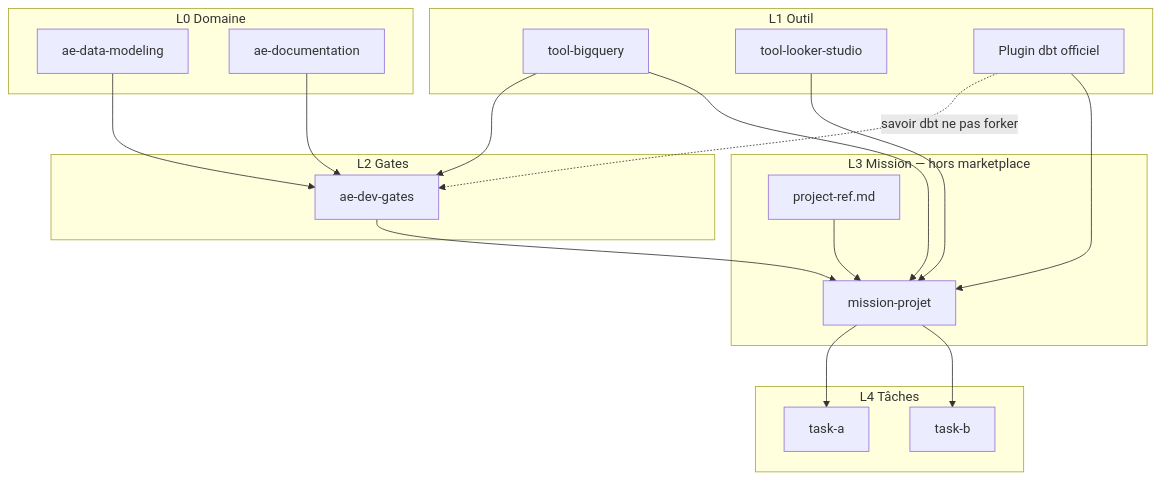
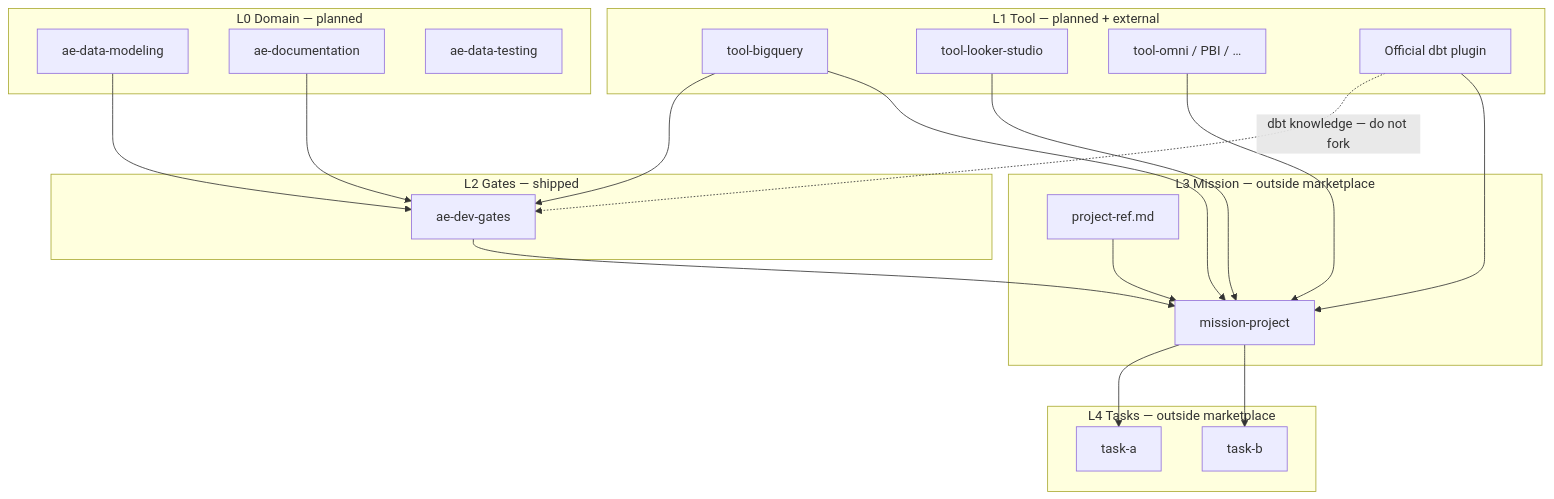
The first of 3 diagrams in plugins/ae-agent-skills/skills/ae-corpus/architecture.md (doudjol57/ae-agent-skills), drawn with Mermaid before and after one commit. The commit also changed other lines of this file and 7 other files, not shown here.

````diff
--- a/plugins/ae-agent-skills/skills/ae-corpus/architecture.md
+++ b/plugins/ae-agent-skills/skills/ae-corpus/architecture.md
@@ -5,39 +8,42 @@
 ```mermaid
 flowchart TB
-  subgraph L0 [L0 Domaine]
+  subgraph L0 [L0 Domain — planned]
     ADM[ae-data-modeling]
     ADOc[ae-documentation]
+    ADT[ae-data-testing]
   end
 
-  subgraph L1 [L1 Outil]
+  subgraph L1 [L1 Tool — planned + external]
     TBQ[tool-bigquery]
     TLS[tool-looker-studio]
-    PDBT[Plugin dbt officiel]
+    TOM[tool-omni / PBI / …]
+    PDBT[Official dbt plugin]
   end
 
-  subgraph L2 [L2 Gates]
+  subgraph L2 [L2 Gates — shipped]
     GATES[ae-dev-gates]
   end
 
-  subgraph L3 [L3 Mission — hors marketplace]
-    MH[mission-projet]
+  subgraph L3 [L3 Mission — outside marketplace]
+    MH[mission-project]
     PH[project-ref.md]
   end
 
-  subgraph L4 [L4 Tâches]
+  subgraph L4 [L4 Tasks — outside marketplace]
     T1[task-a]
     T2[task-b]
   end
 
-  PDBT -.->|savoir dbt ne pas forker| GATES
+  PDBT -.->|dbt knowledge — do not fork| GATES
   ADM --> GATES
   ADOc --> GATES
   TBQ --> GATES
   GATES --> MH
   TBQ --> MH
   TLS --> MH
+  TOM --> MH
   PDBT --> MH
   PH --> MH
   MH --> T1
   MH --> T2
 ```
````
